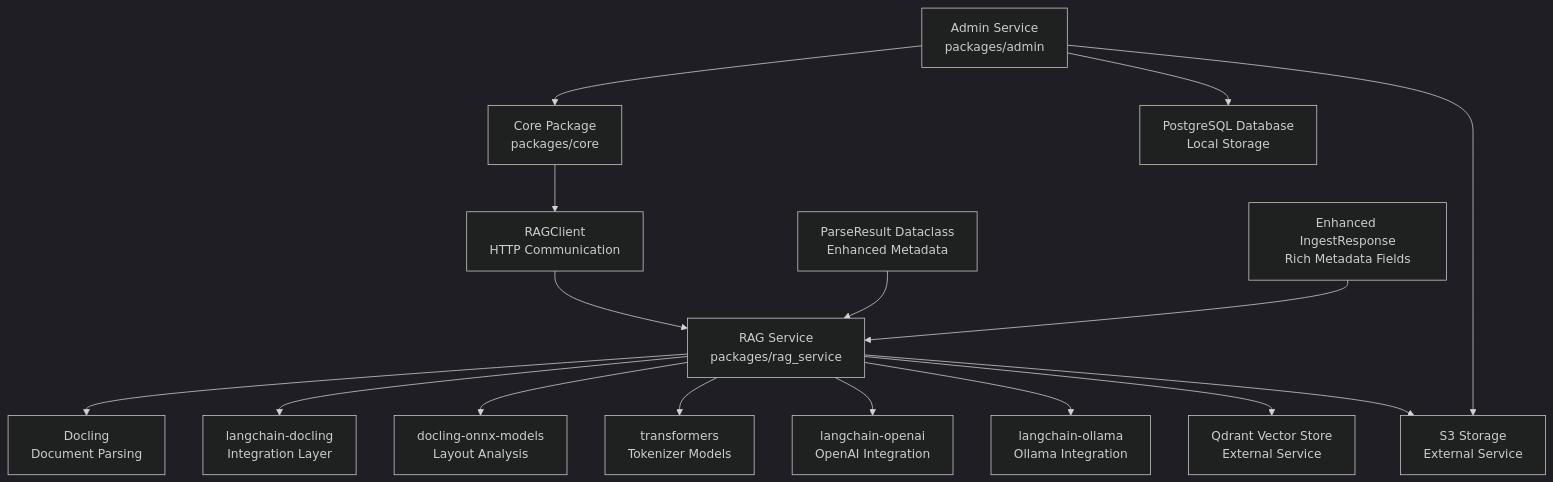
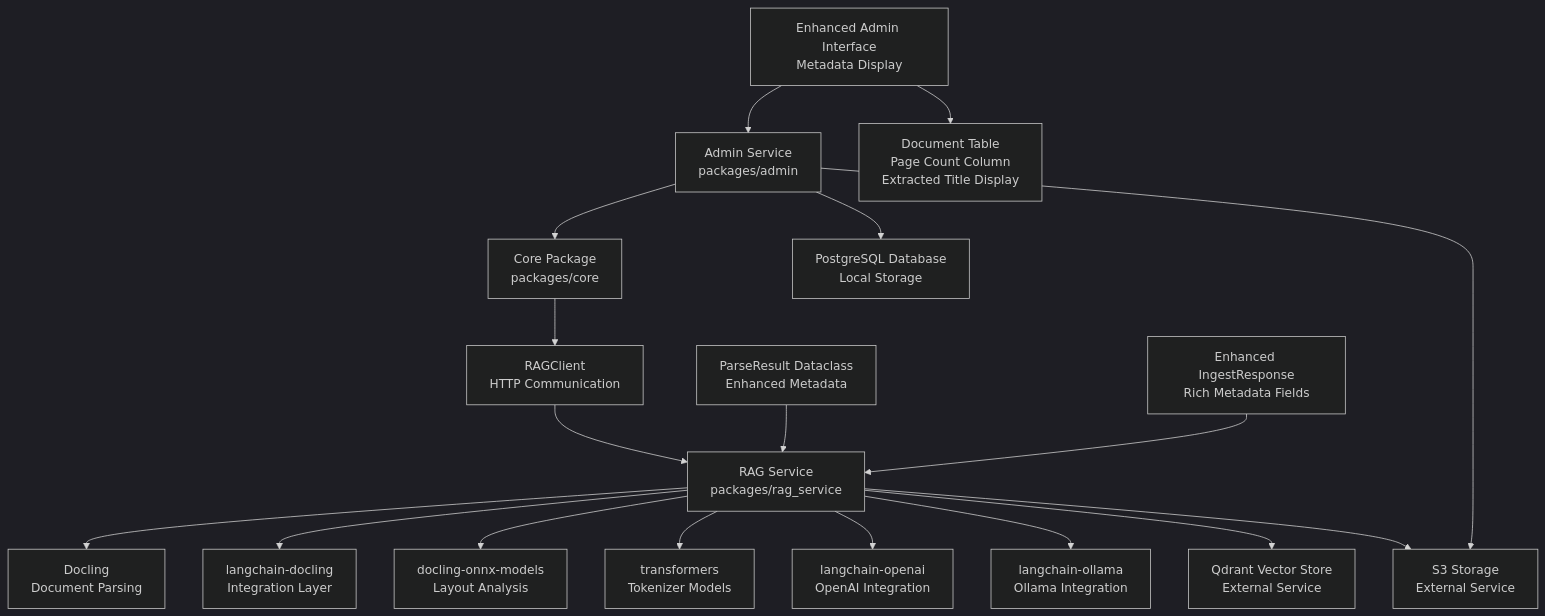
One commit to ognelis/cafetera_hr_bot changed diagram 14 of 14 in .qoder/repowiki/en/content/RAG Integration/RAG Parser Enhancement.md. Above: the diagram before and after it, drawn with Mermaid (dark theme). The commit also changed other lines of this file and 9 other files, not shown here.

````diff
--- a/.qoder/repowiki/en/content/RAG Integration/RAG Parser Enhancement.md
+++ b/.qoder/repowiki/en/content/RAG Integration/RAG Parser Enhancement.md
@@ -604,18 +668,20 @@
 ```mermaid
 graph TB
 RAG_SERVICE["RAG Service<br/>packages/rag_service"] --> DOCLING["Docling<br/>Document Parsing"]
 RAG_SERVICE --> LANGCHAIN_DOCLING["langchain-docling<br/>Integration Layer"]
 RAG_SERVICE --> ONNX_MODELS["docling-onnx-models<br/>Layout Analysis"]
 RAG_SERVICE --> TRANSFORMERS["transformers<br/>Tokenizer Models"]
 RAG_SERVICE --> LANGCHAIN_OPENAI["langchain-openai<br/>OpenAI Integration"]
 RAG_SERVICE --> LANGCHAIN_OLLAMA["langchain-ollama<br/>Ollama Integration"]
 RAG_SERVICE --> QDRANT["Qdrant Vector Store<br/>External Service"]
 RAG_SERVICE --> S3["S3 Storage<br/>External Service"]
 ADMIN["Admin Service<br/>packages/admin"] --> CORE["Core Package<br/>packages/core"]
 CORE --> RAG_CLIENT["RAGClient<br/>HTTP Communication"]
 RAG_CLIENT --> RAG_SERVICE
 ADMIN --> DB["PostgreSQL Database<br/>Local Storage"]
 ADMIN --> S3
 PARSE_RESULT["ParseResult Dataclass<br/>Enhanced Metadata"] --> RAG_SERVICE
 INGEST_RESPONSE["Enhanced IngestResponse<br/>Rich Metadata Fields"] --> RAG_SERVICE
+ADMIN_INTERFACE["Enhanced Admin Interface<br/>Metadata Display"] --> ADMIN
+ADMIN_INTERFACE --> DOCUMENT_TABLE["Document Table<br/>Page Count Column<br/>Extracted Title Display"]
 ```
````
